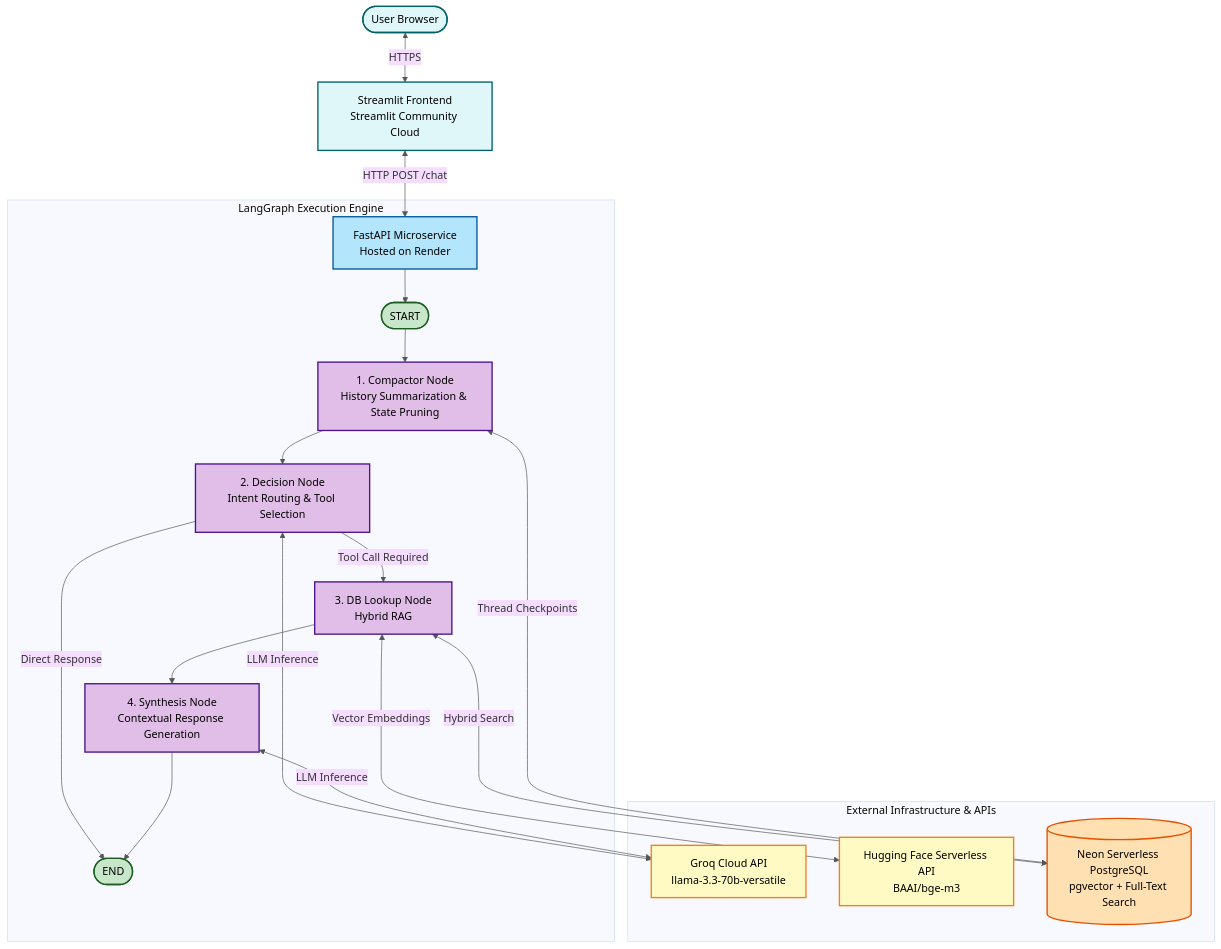
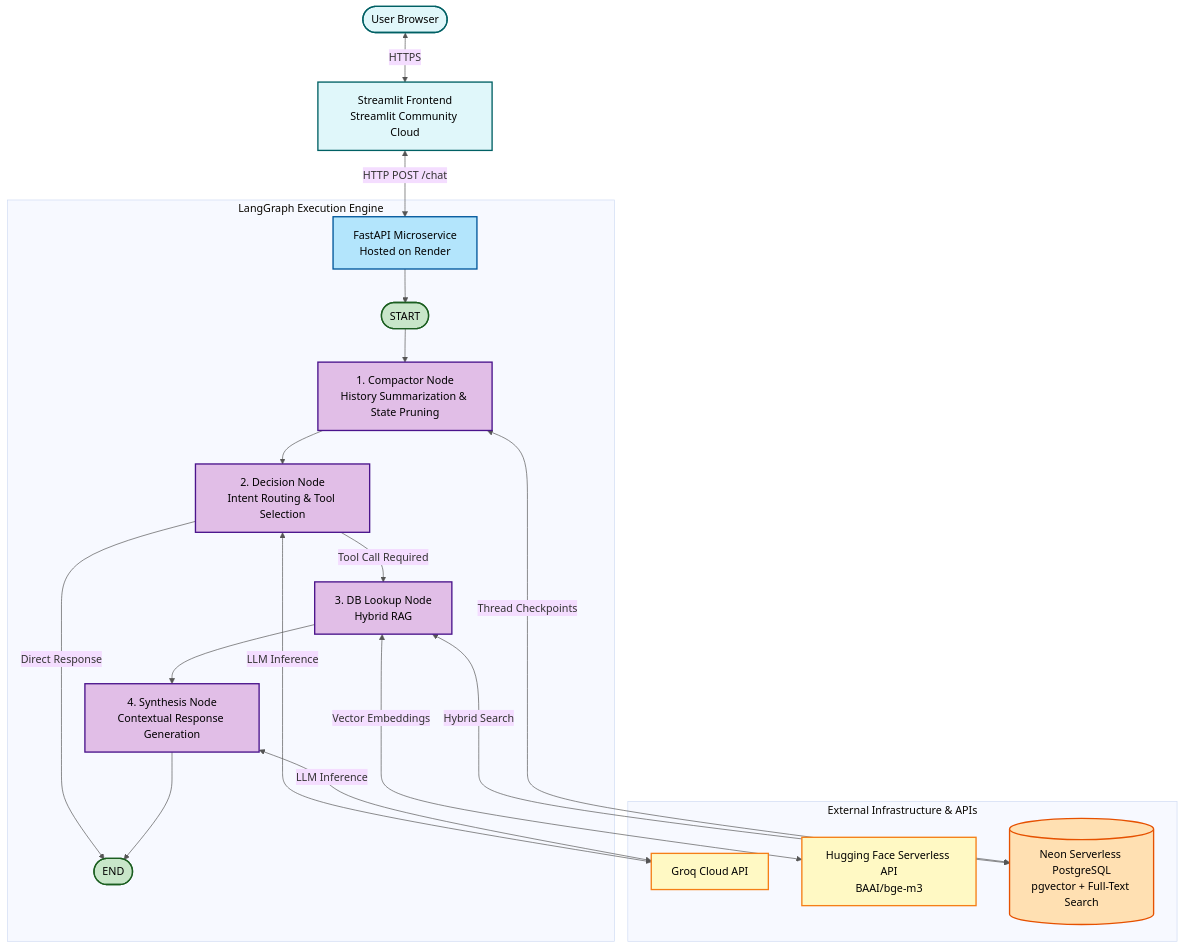
The diagram in README.md (shwetaneginhal/spezi-ai-agent), drawn with Mermaid before and after one commit. The commit also changed other lines of this file and 1 other file, not shown here.

Commit message:
Changed the deprecated llama to gpt model

````diff
--- a/README.md
+++ b/README.md
@@ -30,34 +30,34 @@
 ```mermaid
 %%{init: {'theme': 'base', 'themeVariables': { 'lineColor': '#555'}}}%%
 graph TD
     %% Define Color Classes
     classDef client fill:#e0f7fa,stroke:#006064,stroke-width:2px,color:#000;
     classDef server fill:#b3e5fc,stroke:#01579b,stroke-width:2px,color:#000;
     classDef graphNode fill:#e1bee7,stroke:#4a148c,stroke-width:2px,color:#000;
     classDef startEnd fill:#c8e6c9,stroke:#1b5e20,stroke-width:2px,color:#000;
     classDef externalAPI fill:#fff9c4,stroke:#f57f17,stroke-width:2px,color:#000;
     classDef database fill:#ffe0b2,stroke:#e65100,stroke-width:2px,color:#000;
 
     User([User Browser]):::client <-->|HTTPS| Frontend[Streamlit Frontend<br/>Streamlit Community Cloud]:::client
     Frontend <-->|HTTP POST /chat| Backend[FastAPI Microservice<br/>Hosted on Render]:::server
 
     subgraph LangGraph Execution Engine
         Backend --> START([START]):::startEnd
         START --> Compactor[1. Compactor Node<br/>History Summarization & State Pruning]:::graphNode
         Compactor --> Decision[2. Decision Node<br/>Intent Routing & Tool Selection]:::graphNode
         
         Decision -->|Tool Call Required| DBLookup[3. DB Lookup Node<br/>Hybrid RAG]:::graphNode
         Decision -->|Direct Response| END([END]):::startEnd
         
         DBLookup --> Synthesis[4. Synthesis Node<br/>Contextual Response Generation]:::graphNode
         Synthesis --> END
     end
 
     subgraph External Infrastructure & APIs
-        Decision <-->|LLM Inference| Groq[Groq Cloud API<br/>llama-3.3-70b-versatile]:::externalAPI
+        Decision <-->|LLM Inference| Groq[Groq Cloud API<br/>]:::externalAPI
         Synthesis <-->|LLM Inference| Groq
         DBLookup <-->|Vector Embeddings| HF[Hugging Face Serverless API<br/>BAAI/bge-m3]:::externalAPI
         DBLookup <-->|Hybrid Search| NeonDB[(Neon Serverless PostgreSQL<br/>pgvector + Full-Text Search)]:::database
         Compactor <-->|Thread Checkpoints| NeonDB
     end
 ```
````
